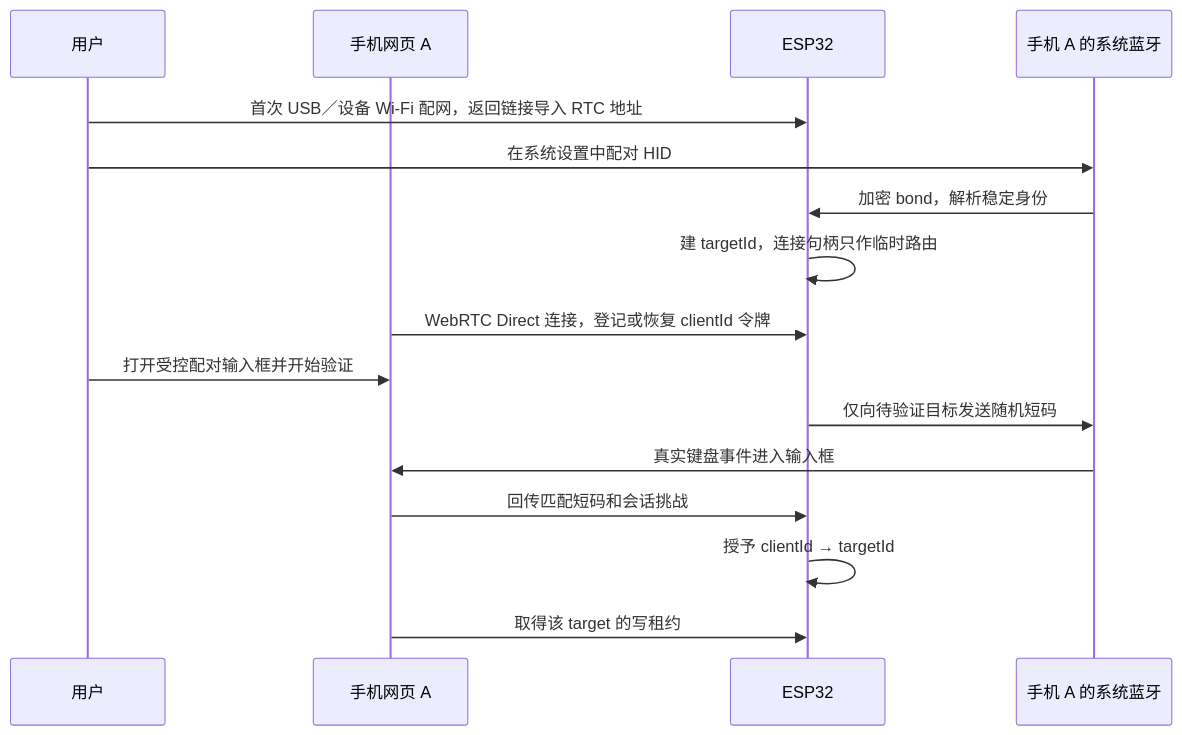
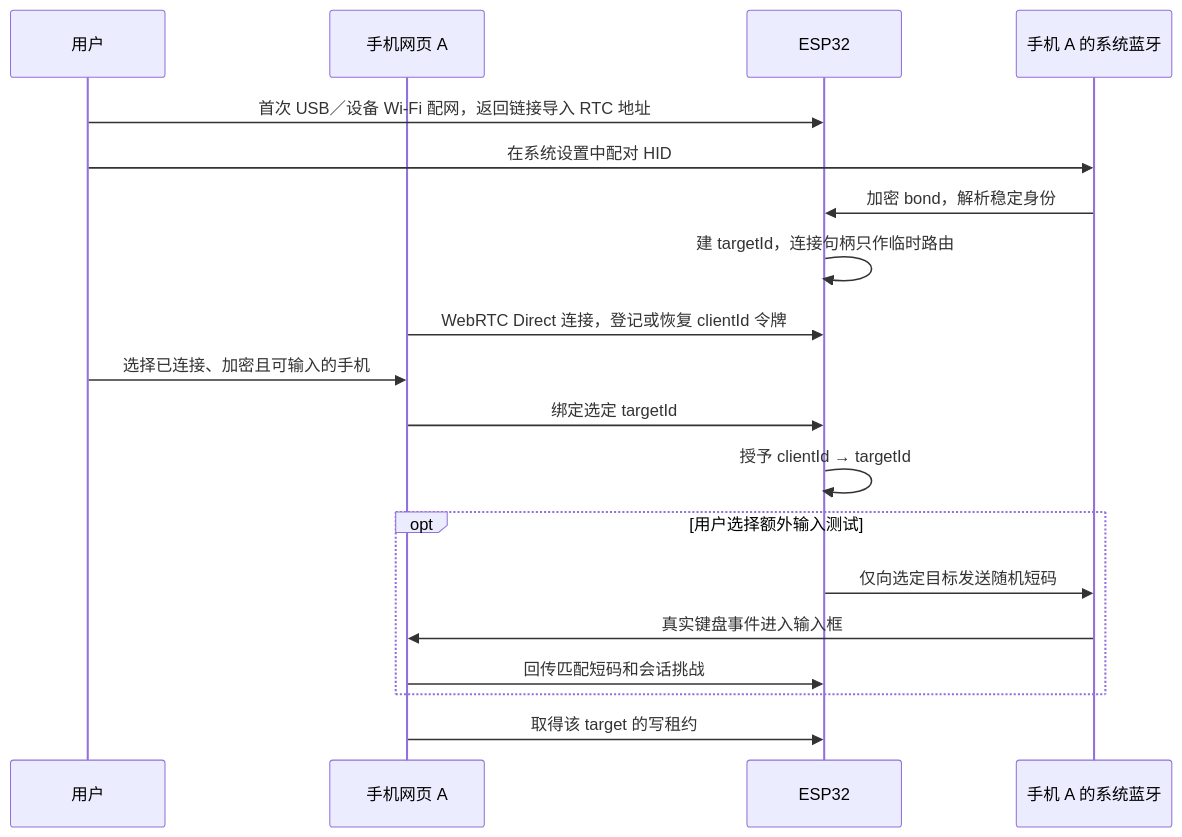
The second of 4 diagrams in docs/architecture/system-blueprint.md (cccat6/iphone-agent-harness), drawn with Mermaid before and after one commit. The commit also changed other lines of this file and 101 other files, not shown here.

````diff
--- a/docs/architecture/system-blueprint.md
+++ b/docs/architecture/system-blueprint.md
@@ -63,18 +63,21 @@
 ```mermaid
 sequenceDiagram
   participant U as 用户
   participant W as 手机网页 A
   participant E as ESP32
   participant P as 手机 A 的系统蓝牙
   U->>E: 首次 USB／设备 Wi-Fi 配网，返回链接导入 RTC 地址
   U->>P: 在系统设置中配对 HID
   P->>E: 加密 bond，解析稳定身份
   E->>E: 建 targetId，连接句柄只作临时路由
   W->>E: WebRTC Direct 连接，登记或恢复 clientId 令牌
-  U->>W: 打开受控配对输入框并开始验证
-  E->>P: 仅向待验证目标发送随机短码
-  P->>W: 真实键盘事件进入输入框
-  W->>E: 回传匹配短码和会话挑战
+  U->>W: 选择已连接、加密且可输入的手机
+  W->>E: 绑定选定 targetId
   E->>E: 授予 clientId → targetId
+  opt 用户选择额外输入测试
+    E->>P: 仅向选定目标发送随机短码
+    P->>W: 真实键盘事件进入输入框
+    W->>E: 回传匹配短码和会话挑战
+  end
   W->>E: 取得该 target 的写租约
 ```
````
